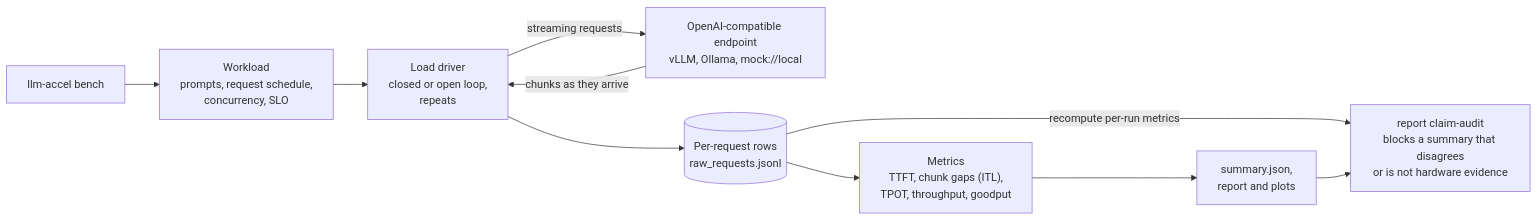
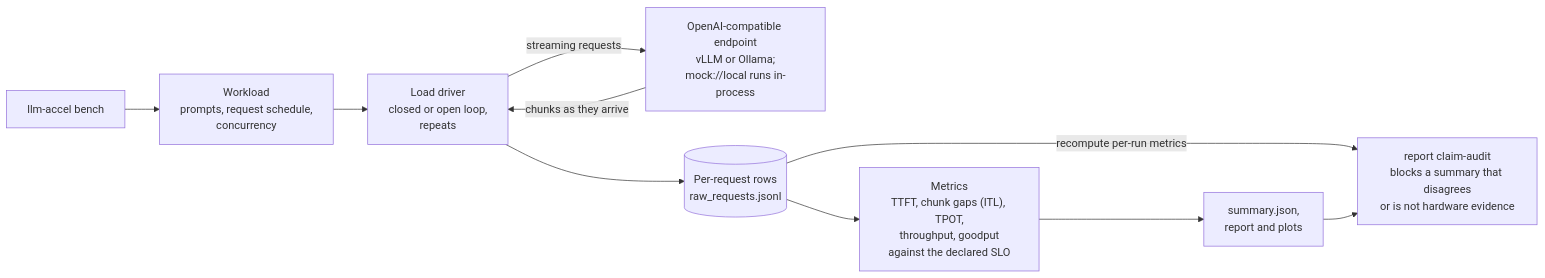
The diagram in docs/architecture.mmd (hskl18/llm-inference-acceleration-playground), drawn with Mermaid before and after one commit. The commit also changed 4 other files, not shown here.

Commit message:
docs: correct the diagram and README points a review found

```diff
--- a/docs/architecture.mmd
+++ b/docs/architecture.mmd
@@ -1,10 +1,11 @@
 flowchart LR
-  CLI["llm-accel bench"] --> Workload["Workload<br/>prompts, request schedule,<br/>concurrency, SLO"]
+  CLI["llm-accel bench"] --> Workload["Workload<br/>prompts, request schedule,<br/>concurrency"]
   Workload --> Driver["Load driver<br/>closed or open loop,<br/>repeats"]
-  Driver -->|"streaming requests"| Endpoint["OpenAI-compatible endpoint<br/>vLLM, Ollama, mock://local"]
+  Driver -->|"streaming requests"| Endpoint["OpenAI-compatible endpoint<br/>vLLM or Ollama;<br/>mock://local runs in-process"]
   Endpoint -->|"chunks as they arrive"| Driver
   Driver --> Rows[("Per-request rows<br/>raw_requests.jsonl")]
-  Rows --> Metrics["Metrics<br/>TTFT, chunk gaps (ITL),<br/>TPOT, throughput, goodput"]
+  Rows --> Metrics["Metrics<br/>TTFT, chunk gaps (ITL), TPOT,<br/>throughput, goodput<br/>against the declared SLO"]
   Metrics --> Summary["summary.json,<br/>report and plots"]
   Rows -->|"recompute per-run metrics"| Audit["report claim-audit<br/>blocks a summary that disagrees<br/>or is not hardware evidence"]
   Summary --> Audit
+%% Edit this file, then render architecture-light.svg and architecture-dark.svg from it again.
```
